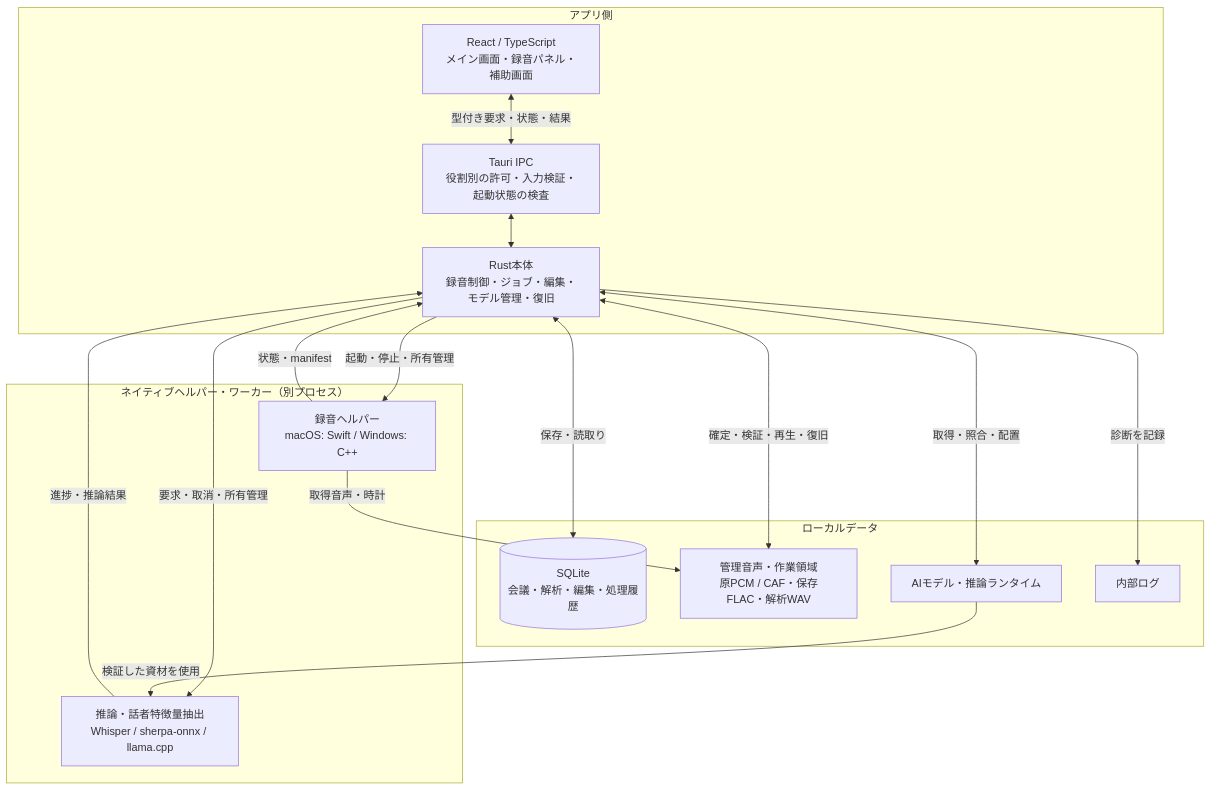
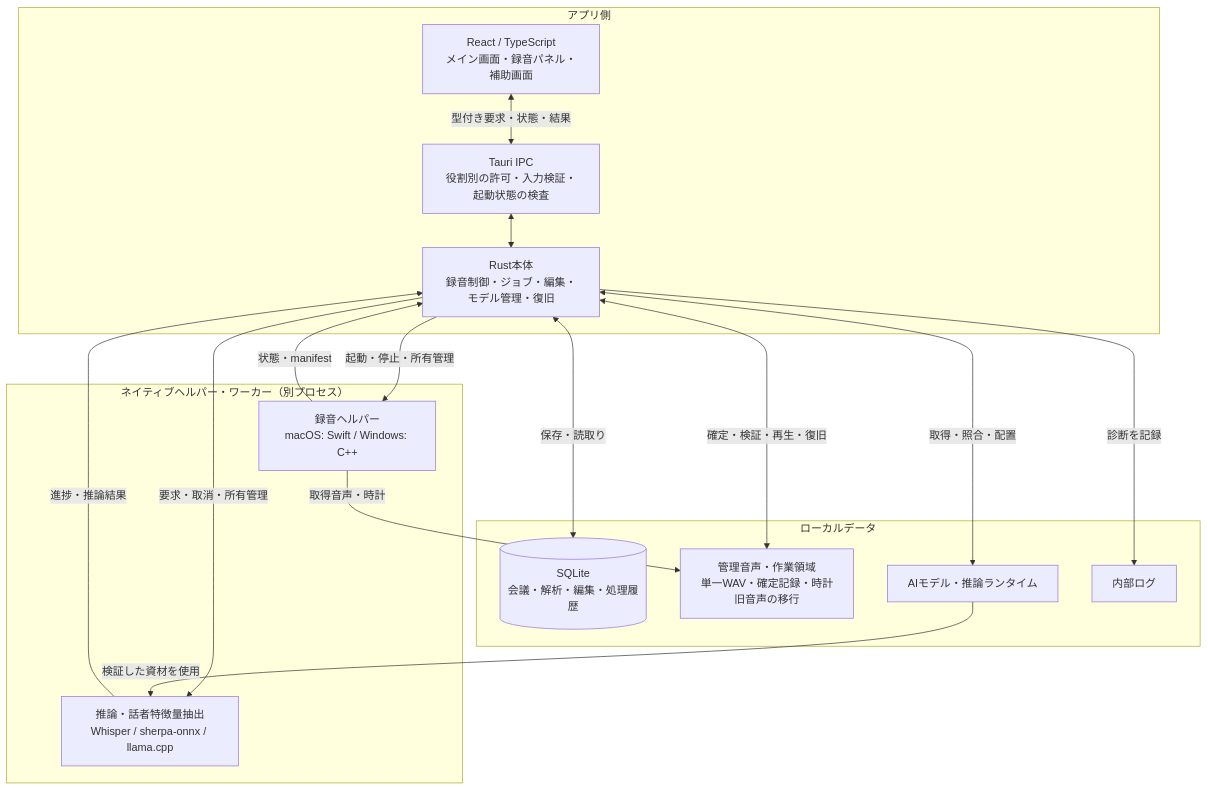
Before and after one commit to s-kodani/minuteson: the first of 3 diagrams in docs/spec/architecture.md, drawn with Mermaid. The commit also changed other lines of this file and 120 other files, not shown here.

````diff
--- a/docs/spec/architecture.md
+++ b/docs/spec/architecture.md
@@ -25,33 +25,33 @@
 ```mermaid
 flowchart TB
     subgraph desktop["アプリ側"]
         ui["React / TypeScript<br/>メイン画面・録音パネル・補助画面"]
         ipc["Tauri IPC<br/>役割別の許可・入力検証・起動状態の検査"]
         app["Rust本体<br/>録音制御・ジョブ・編集・モデル管理・復旧"]
         ui <-->|"型付き要求・状態・結果"| ipc
         ipc <--> app
     end
 
     subgraph helpers["ネイティブヘルパー・ワーカー（別プロセス）"]
         capture["録音ヘルパー<br/>macOS: Swift / Windows: C++"]
         inference["推論・話者特徴量抽出<br/>Whisper / sherpa-onnx / llama.cpp"]
     end
 
     subgraph local["ローカルデータ"]
         db[("SQLite<br/>会議・解析・編集・処理履歴")]
-        audio["管理音声・作業領域<br/>原PCM / CAF・保存FLAC・解析WAV"]
+        audio["管理音声・作業領域<br/>単一WAV・確定記録・時計<br/>旧音声の移行"]
         models["AIモデル・推論ランタイム"]
         logs["内部ログ"]
     end
 
     app -->|"起動・停止・所有管理"| capture
     capture -->|"状態・manifest"| app
     capture -->|"取得音声・時計"| audio
     app -->|"要求・取消・所有管理"| inference
     inference -->|"進捗・推論結果"| app
     app <-->|"保存・読取り"| db
     app <-->|"確定・検証・再生・復旧"| audio
     app <-->|"取得・照合・配置"| models
     models -->|"検証した資材を使用"| inference
     app -->|"診断を記録"| logs
 ```
````
